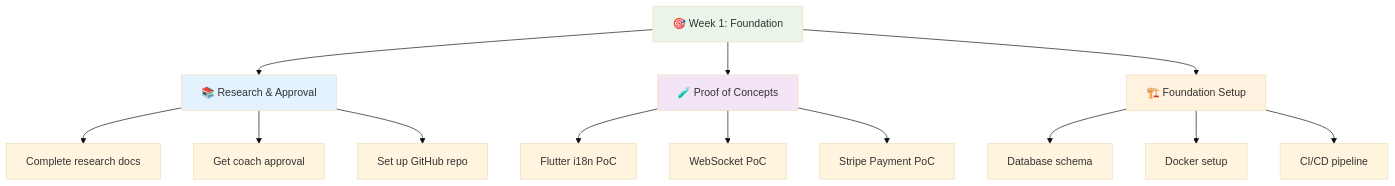
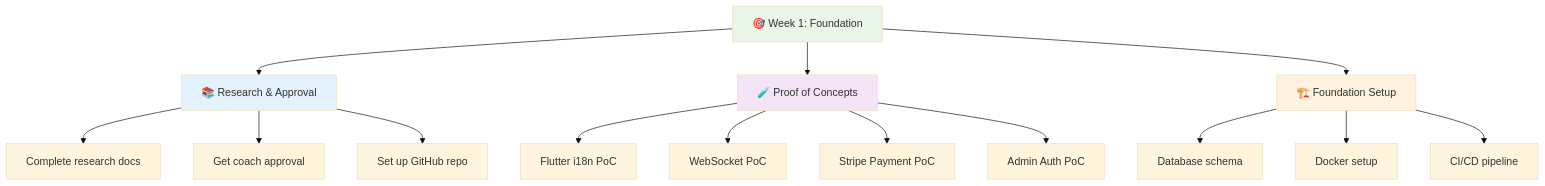
The fifth of 11 diagrams in docs/IMPLEMENTATION_PLAN.md (Sporidis/frituur-ordering-system), drawn with Mermaid (base theme) before and after one commit. The commit also changed other lines of this file and 1 other file, not shown here.

````diff
--- a/docs/IMPLEMENTATION_PLAN.md
+++ b/docs/IMPLEMENTATION_PLAN.md
@@ -134,23 +138,24 @@
 ```mermaid
 graph TD
     A[🎯 Week 1: Foundation] --> B[📚 Research & Approval]
     A --> C[🧪 Proof of Concepts]
     A --> D[🏗️ Foundation Setup]
     
     B --> B1[Complete research docs]
     B --> B2[Get coach approval]
     B --> B3[Set up GitHub repo]
     
     C --> C1[Flutter i18n PoC]
     C --> C2[WebSocket PoC]
     C --> C3[Stripe Payment PoC]
+    C --> C4[Admin Auth PoC]
     
     D --> D1[Database schema]
     D --> D2[Docker setup]
     D --> D3[CI/CD pipeline]
     
     style A fill:#e8f5e8
     style B fill:#e3f2fd
     style C fill:#f3e5f5
     style D fill:#fff3e0
 ```
````
